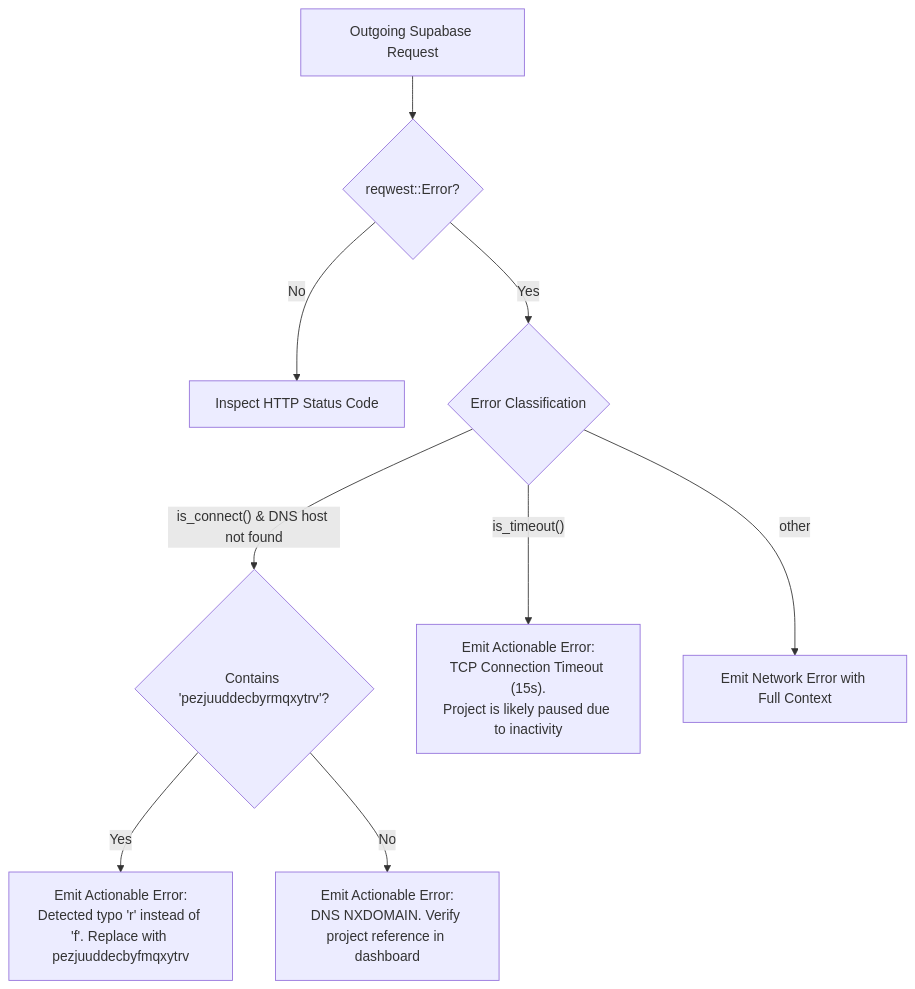
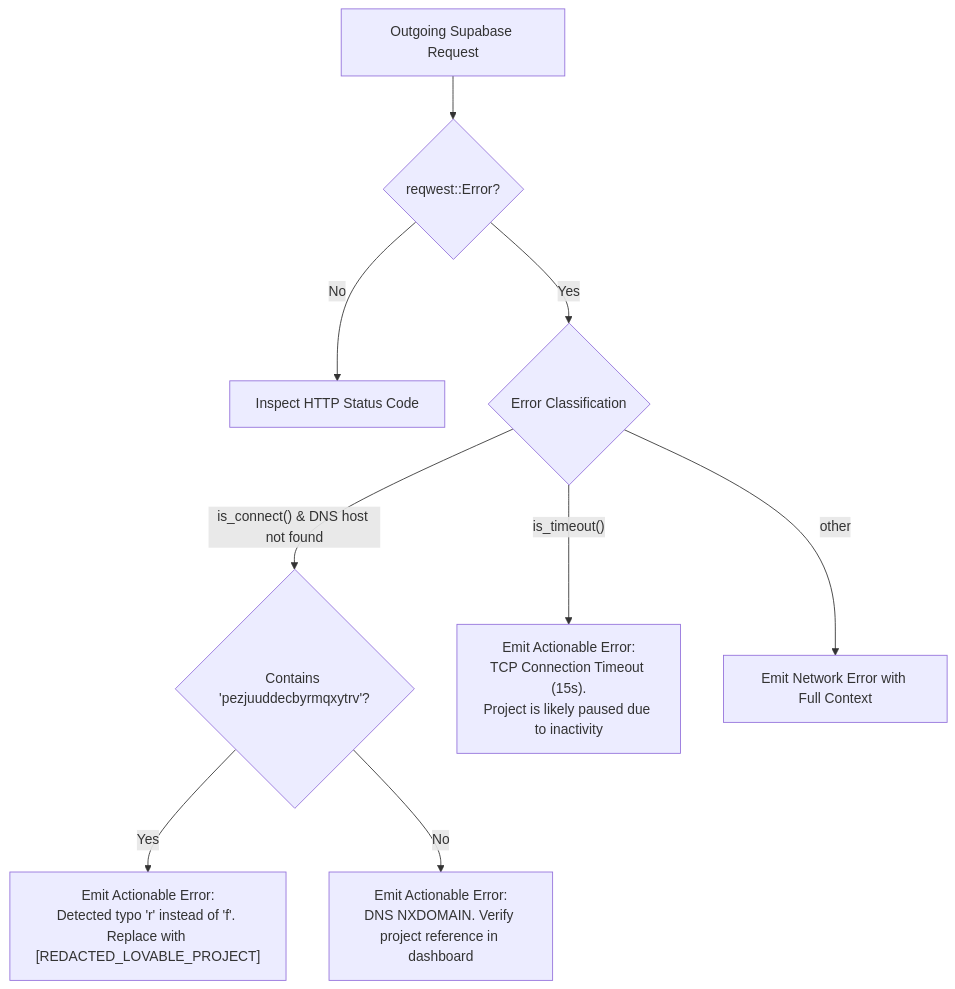
One commit to alimtvnetwork/Antigravity-Manager changed the second of 3 diagrams in 02-spec/21-app/supabase-connection-and-ui-ux-enhancement/01-supabase-and-secrets-spec.md. Above: the diagram before and after it, drawn with Mermaid. The commit also changed other lines of this file and 29 other files, not shown here.

````diff
--- a/02-spec/21-app/supabase-connection-and-ui-ux-enhancement/01-supabase-and-secrets-spec.md
+++ b/02-spec/21-app/supabase-connection-and-ui-ux-enhancement/01-supabase-and-secrets-spec.md
@@ -105,13 +105,13 @@
 ```mermaid
 flowchart TD
     Req[Outgoing Supabase Request] --> Probe{reqwest::Error?}
     Probe -- No --> HandleStatus[Inspect HTTP Status Code]
     Probe -- Yes --> ClassifyErr{Error Classification}
     
     ClassifyErr -- is_connect() & DNS host not found --> CheckTypo{Contains 'pezjuuddecbyrmqxytrv'?}
-    CheckTypo -- Yes --> AdviseTypo["Emit Actionable Error:<br/>Detected typo 'r' instead of 'f'. Replace with pezjuuddecbyfmqxytrv"]
+    CheckTypo -- Yes --> AdviseTypo["Emit Actionable Error:<br/>Detected typo 'r' instead of 'f'. Replace with [REDACTED_LOVABLE_PROJECT]"]
     CheckTypo -- No --> AdviseDNS["Emit Actionable Error:<br/>DNS NXDOMAIN. Verify project reference in dashboard"]
     
     ClassifyErr -- is_timeout() --> AdvisePause["Emit Actionable Error:<br/>TCP Connection Timeout (15s).<br/>Project is likely paused due to inactivity"]
     ClassifyErr -- other --> AdviseGeneric["Emit Network Error with Full Context"]
 ```
````
